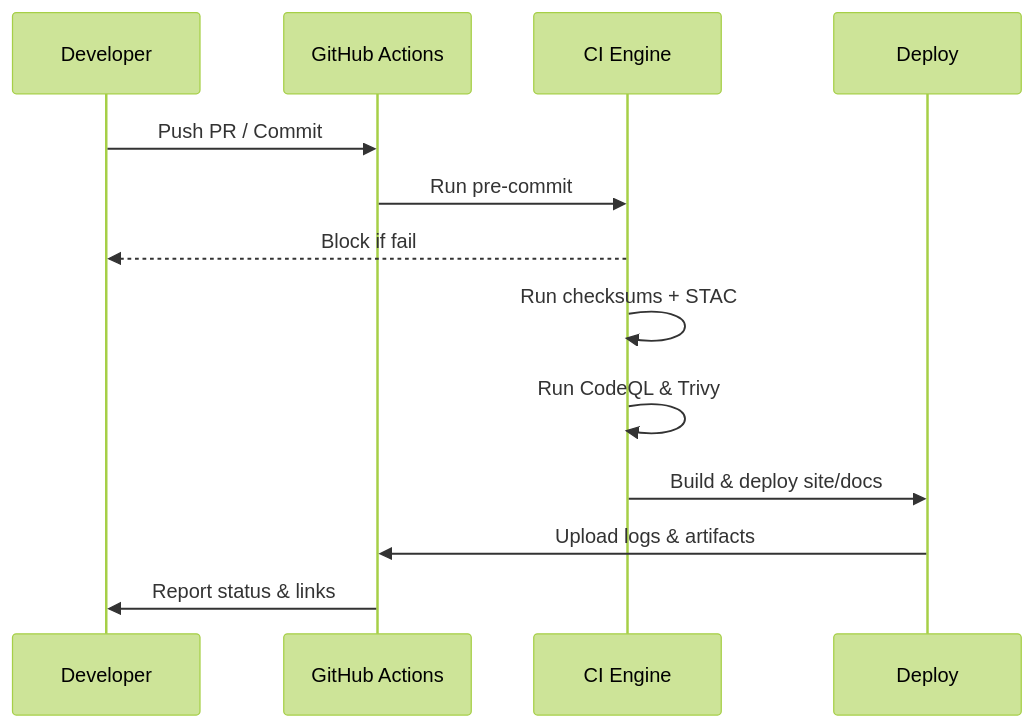
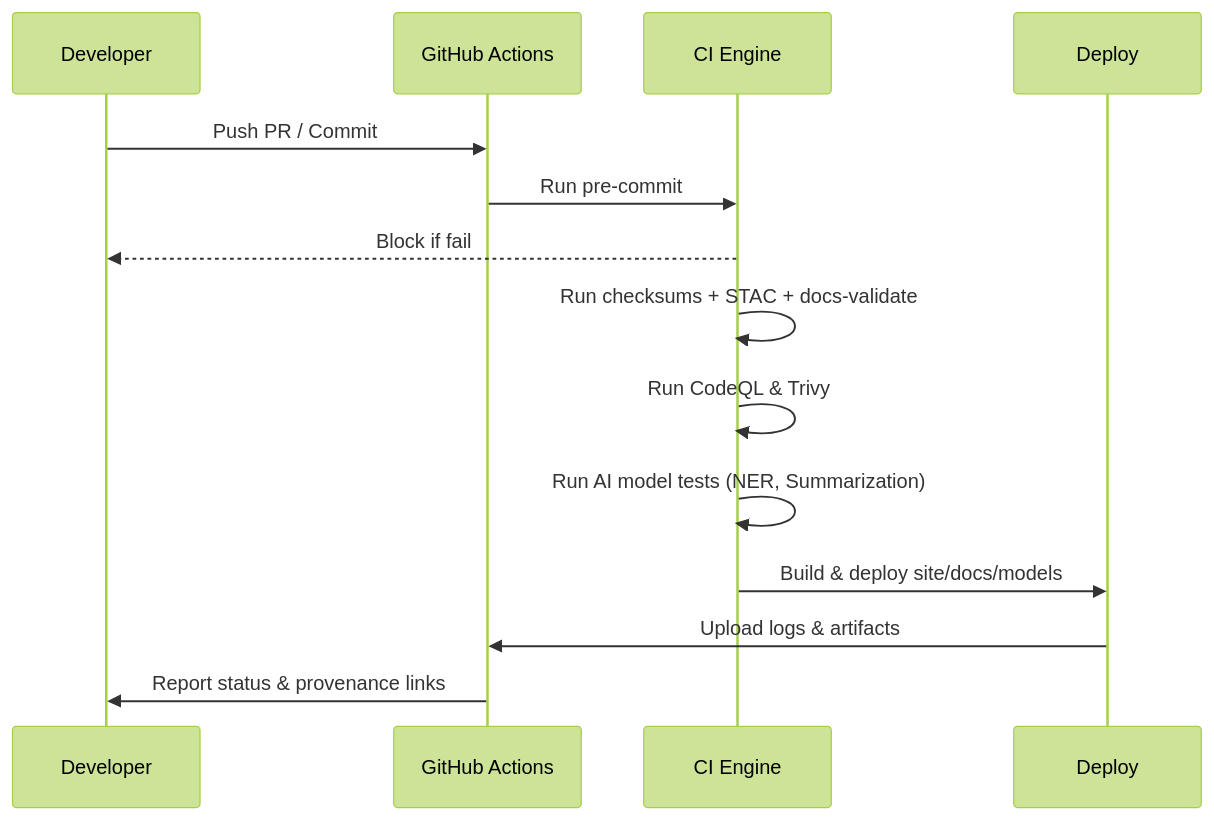
Before and after one commit to bartytime4life/Kansas-Frontier-Matrix: the second of 2 diagrams in .github/README.md, drawn with Mermaid (forest theme). The commit also changed other lines of this file, not shown here.

````diff
--- a/.github/README.md
+++ b/.github/README.md
@@ -74,17 +81,18 @@
 ```mermaid
 sequenceDiagram
   participant Dev as Developer
   participant GH as GitHub Actions
   participant CI as CI Engine
   participant CD as Deploy
 
   Dev->>GH: Push PR / Commit
   GH->>CI: Run pre-commit
   CI-->>Dev: Block if fail
-  CI->>CI: Run checksums + STAC
+  CI->>CI: Run checksums + STAC + docs-validate
   CI->>CI: Run CodeQL & Trivy
-  CI->>CD: Build & deploy site/docs
+  CI->>CI: Run AI model tests (NER, Summarization)
+  CI->>CD: Build & deploy site/docs/models
   CD->>GH: Upload logs & artifacts
-  GH->>Dev: Report status & links
+  GH->>Dev: Report status & provenance links
 %% END OF MERMAID
 ```
````
